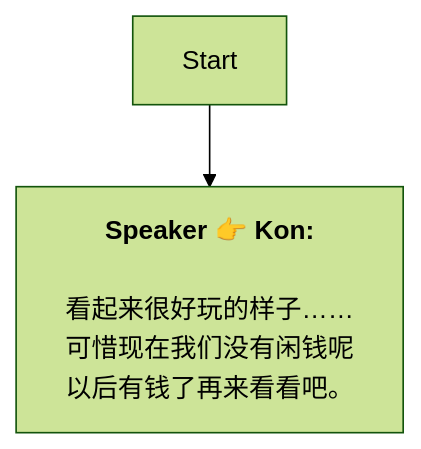
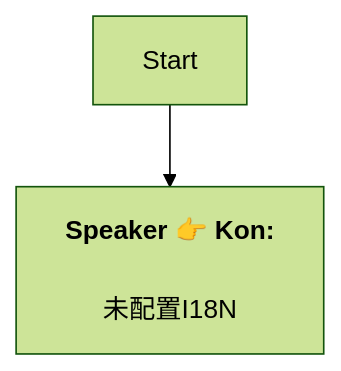
Before and after one commit to SoftHu/tos_avg: the diagram in Zh/QuestStartTalkENode_1739414719136994.md, drawn with Mermaid (forest theme). The commit also changed 730 other files, not shown here.

````diff
--- a/Zh/QuestStartTalkENode_1739414719136994.md
+++ b/Zh/QuestStartTalkENode_1739414719136994.md
@@ -1,8 +1,6 @@
 ```mermaid
 graph
 Start -->1739414744571109[<b>Speaker 👉 Kon:</b>
-\n看起来很好玩的样子……
-可惜现在我们没有闲钱呢
-以后有钱了再来看看吧。]
+\n未配置I18N]
 
 ```
````
